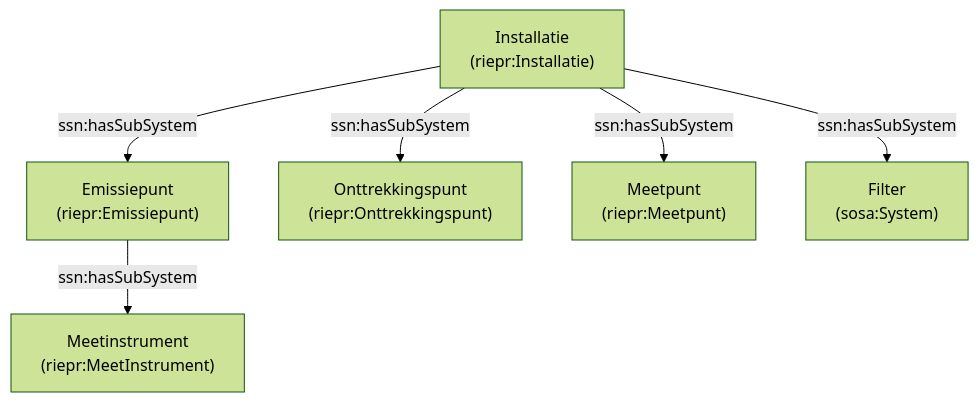
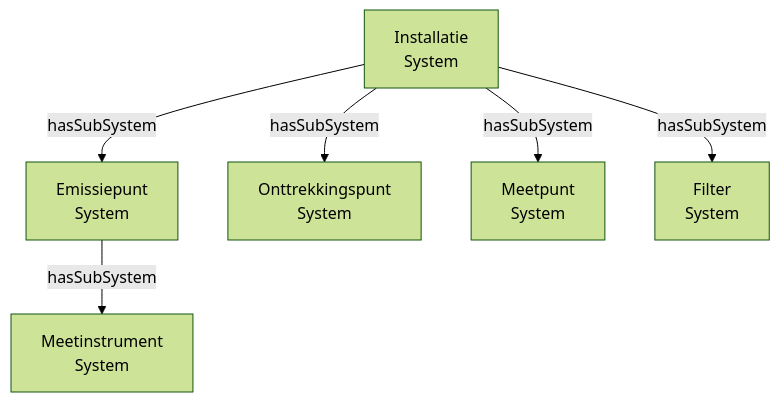
Before and after one commit to milieuinfo/RIE-IEPR: the first of 2 diagrams in documentatie/datamodel/afname/SYSTEMEN.md, drawn with Mermaid (forest theme). The commit also changed other lines of this file and 38 other files, not shown here.

Commit message:
docs: aanpassingen documentatie en mermaid

````diff
--- a/documentatie/datamodel/afname/SYSTEMEN.md
+++ b/documentatie/datamodel/afname/SYSTEMEN.md
@@ -193,8 +193,8 @@
 ```mermaid
 graph TD
-    Installatie["Installatie<br/>(riepr:Installatie)"] -->|ssn:hasSubSystem| Emissiepunt["Emissiepunt<br/>(riepr:Emissiepunt)"]
-    Installatie -->|ssn:hasSubSystem| Onttrekkingspunt["Onttrekkingspunt<br/>(riepr:Onttrekkingspunt)"]
-    Installatie -->|ssn:hasSubSystem| Meetpunt["Meetpunt<br/>(riepr:Meetpunt)"]
-    Installatie -->|ssn:hasSubSystem| Filter["Filter<br/>(sosa:System)"]
-    Emissiepunt -->|ssn:hasSubSystem| MeetInstrument["Meetinstrument<br/>(riepr:MeetInstrument)"]
+    Installatie["Installatie<br/>System"] -->|hasSubSystem| Emissiepunt["Emissiepunt<br/>System"]
+    Installatie -->|hasSubSystem| Onttrekkingspunt["Onttrekkingspunt<br/>System"]
+    Installatie -->|hasSubSystem| Meetpunt["Meetpunt<br/>System"]
+    Installatie -->|hasSubSystem| Filter["Filter<br/>System"]
+    Emissiepunt -->|hasSubSystem| Meetinstrument["Meetinstrument<br/>System"]
 ```
````
